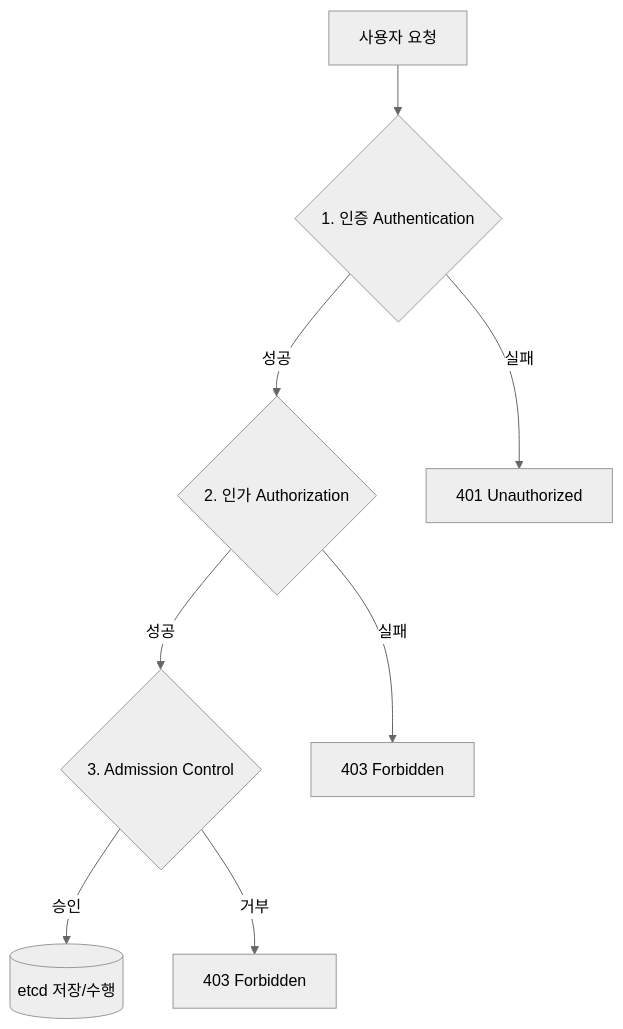
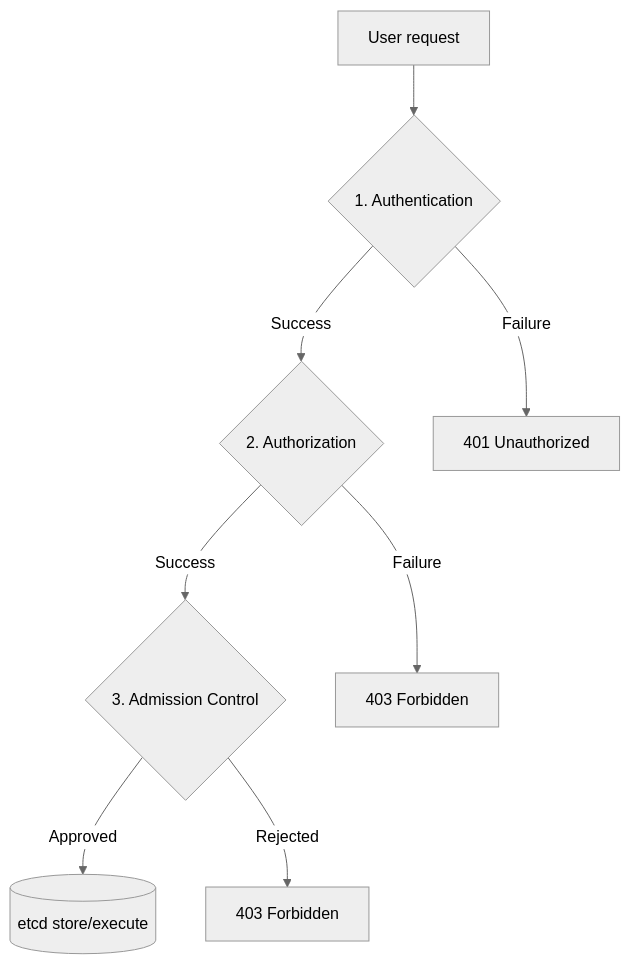
The diagram in content/security/02-architecture/19-k8s-security-overview.md (jeonck/k8s-adv), drawn with Mermaid (neutral theme) before and after one commit. The commit also changed other lines of this file and 223 other files, not shown here.

````diff
--- a/content/security/02-architecture/19-k8s-security-overview.md
+++ b/content/security/02-architecture/19-k8s-security-overview.md
@@ -26,12 +26,12 @@
 ```mermaid
 flowchart TD
-    Request[사용자 요청] --> AuthN{1. 인증 Authentication}
-    AuthN -- 성공 --> AuthZ{2. 인가 Authorization}
-    AuthN -- 실패 --> Deny1[401 Unauthorized]
+    Request[User request] --> AuthN{1. Authentication}
+    AuthN -- Success --> AuthZ{2. Authorization}
+    AuthN -- Failure --> Deny1[401 Unauthorized]
     
-    AuthZ -- 성공 --> Admit{3. Admission Control}
-    AuthZ -- 실패 --> Deny2[403 Forbidden]
+    AuthZ -- Success --> Admit{3. Admission Control}
+    AuthZ -- Failure --> Deny2[403 Forbidden]
     
-    Admit -- 승인 --> ETCD[(etcd 저장/수행)]
-    Admit -- 거부 --> Deny3[403 Forbidden]
+    Admit -- Approved --> ETCD[(etcd store/execute)]
+    Admit -- Rejected --> Deny3[403 Forbidden]
 ```
````
